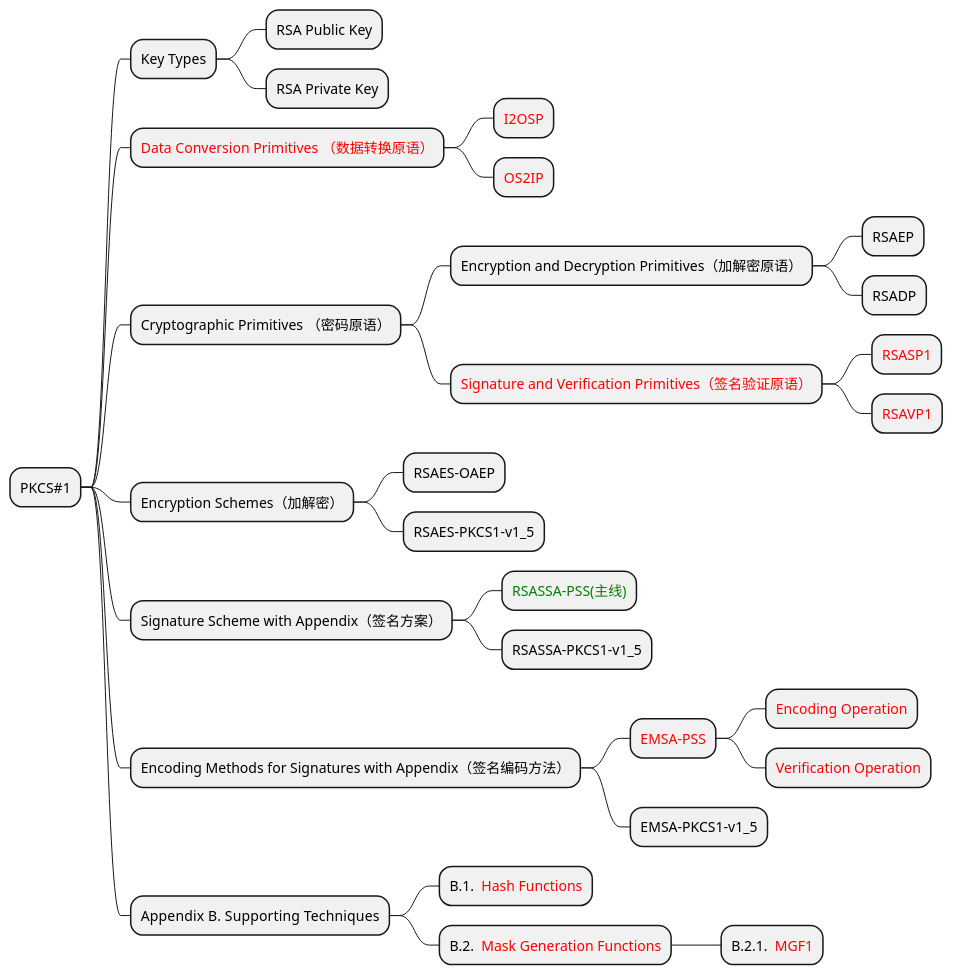
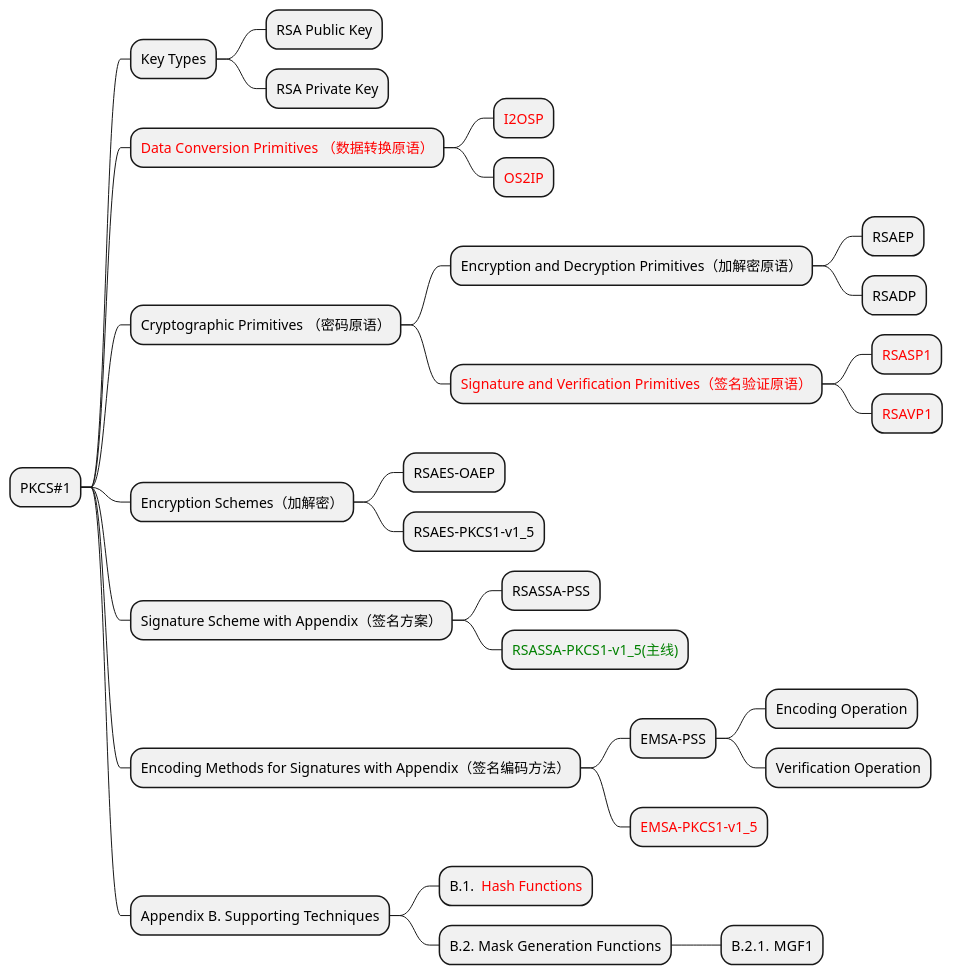
One commit to benzheng-2026/mbedtls_rsa_sig changed the diagram in PKCS#1_pverview.puml. Above: the diagram before and after it, drawn with PlantUML. The commit also changed 9 other files, not shown here.

```diff
--- a/PKCS#1_pverview.puml
+++ b/PKCS#1_pverview.puml
@@ -1,37 +1,37 @@
 @startmindmap
 * PKCS#1
 **  Key Types
 *** RSA Public Key
 *** RSA Private Key
 **  <color:red>Data Conversion Primitives （数据转换原语）</color>
 *** <color:red>I2OSP</color>
 *** <color:red>OS2IP</color>
 **  Cryptographic Primitives （密码原语）
 *** Encryption and Decryption Primitives（加解密原语）
 **** RSAEP
 **** RSADP
 *** <color:red>Signature and Verification Primitives（签名验证原语）</color>
 **** <color:red>RSASP1</color>
 **** <color:red>RSAVP1</color>
 **  Encryption Schemes（加解密）
 *** RSAES-OAEP
 *** RSAES-PKCS1-v1_5
 **  Signature Scheme with Appendix（签名方案）
-*** <color:green>RSASSA-PSS(主线)</color>
-*** RSASSA-PKCS1-v1_5
+*** RSASSA-PSS
+*** <color:green>RSASSA-PKCS1-v1_5(主线)</color>
 **  Encoding Methods for Signatures with Appendix（签名编码方法）
-*** <color:red>EMSA-PSS</color>
-**** <color:red>Encoding Operation</color>
-**** <color:red>Verification Operation</color>
-*** EMSA-PKCS1-v1_5
+*** EMSA-PSS
+**** Encoding Operation
+**** Verification Operation
+*** <color:red>EMSA-PKCS1-v1_5</color>
 
 ** Appendix B.  Supporting Techniques
 *** B.1. <color:red> Hash Functions</color>
-*** B.2. <color:red> Mask Generation Functions</color>
-**** B.2.1. <color:red> MGF1</color>
+*** B.2.  Mask Generation Functions
+**** B.2.1.  MGF1
 
 
 
 
 
 @endmindmap
```
